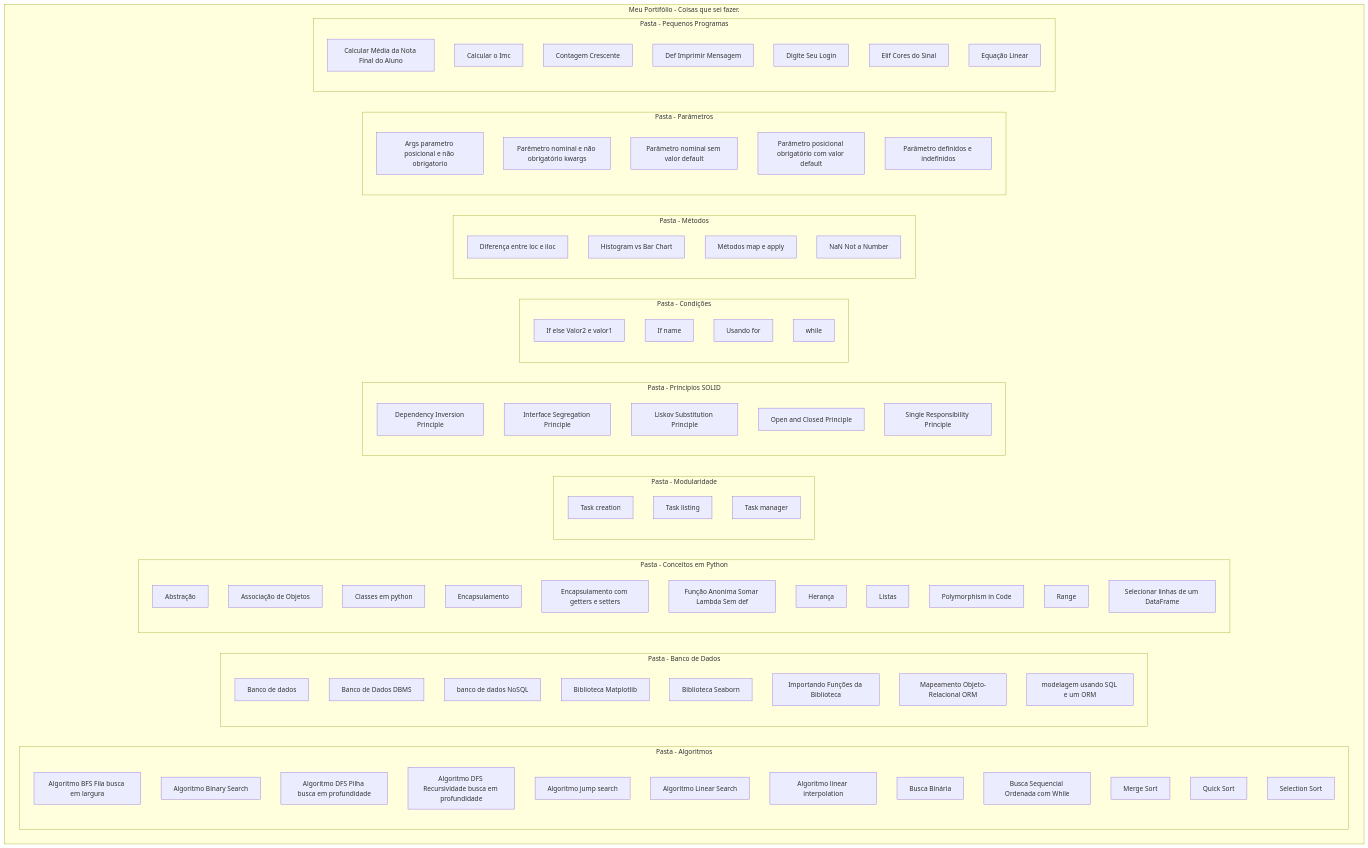
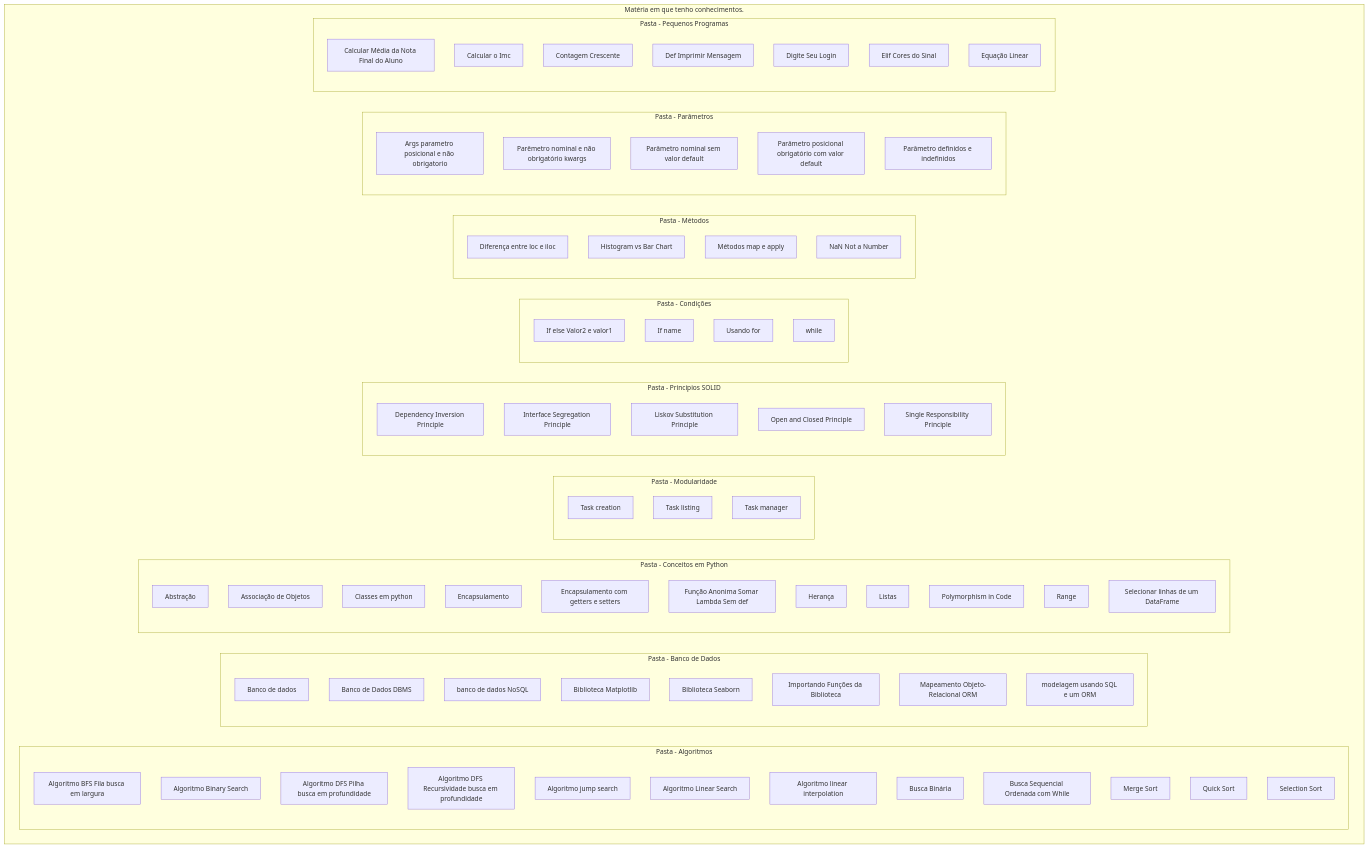
The diagram in README.md (Daniel-Gehlen/Programas-Basicos-em-Python), drawn with Mermaid before and after one commit. The commit also changed 2 other files, not shown here.

Commit message:
Pastas Organizadas

````diff
--- a/README.md
+++ b/README.md
@@ -1,7 +1,7 @@
 ``` mermaid
 graph TD;
 
-subgraph "Meu Portifólio - Coisas que sei fazer."
+    subgraph "Matéria em que tenho conhecimentos."
     subgraph "Pasta - Algoritmos"
         A[Algoritmo BFS Fila busca em largura]
         B[Algoritmo Binary Search]
@@ -17,6 +17,7 @@
         L[Selection Sort]
     end
 
+
     subgraph "Pasta - Banco de Dados"
         M[Banco de dados]
         N[Banco de Dados DBMS]
@@ -27,6 +28,7 @@
         S[Mapeamento Objeto-Relacional ORM]
         T[modelagem usando SQL e um ORM]
     end
+
 
     subgraph "Pasta - Conceitos em Python"
         U[Abstração]
````
